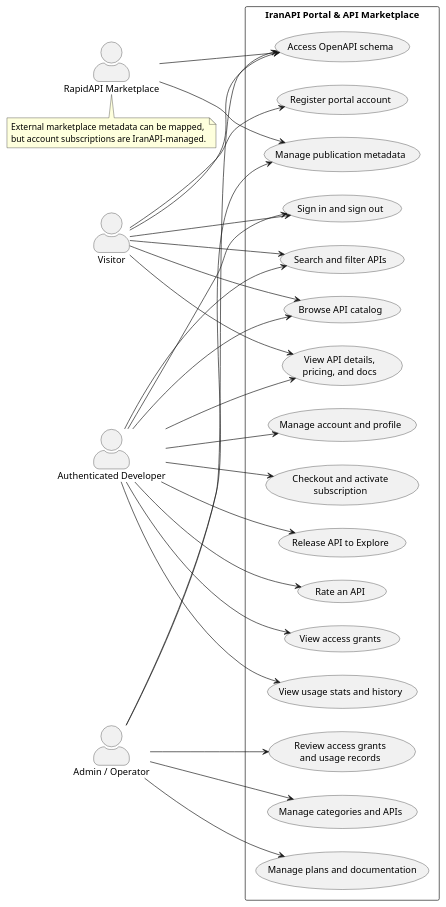
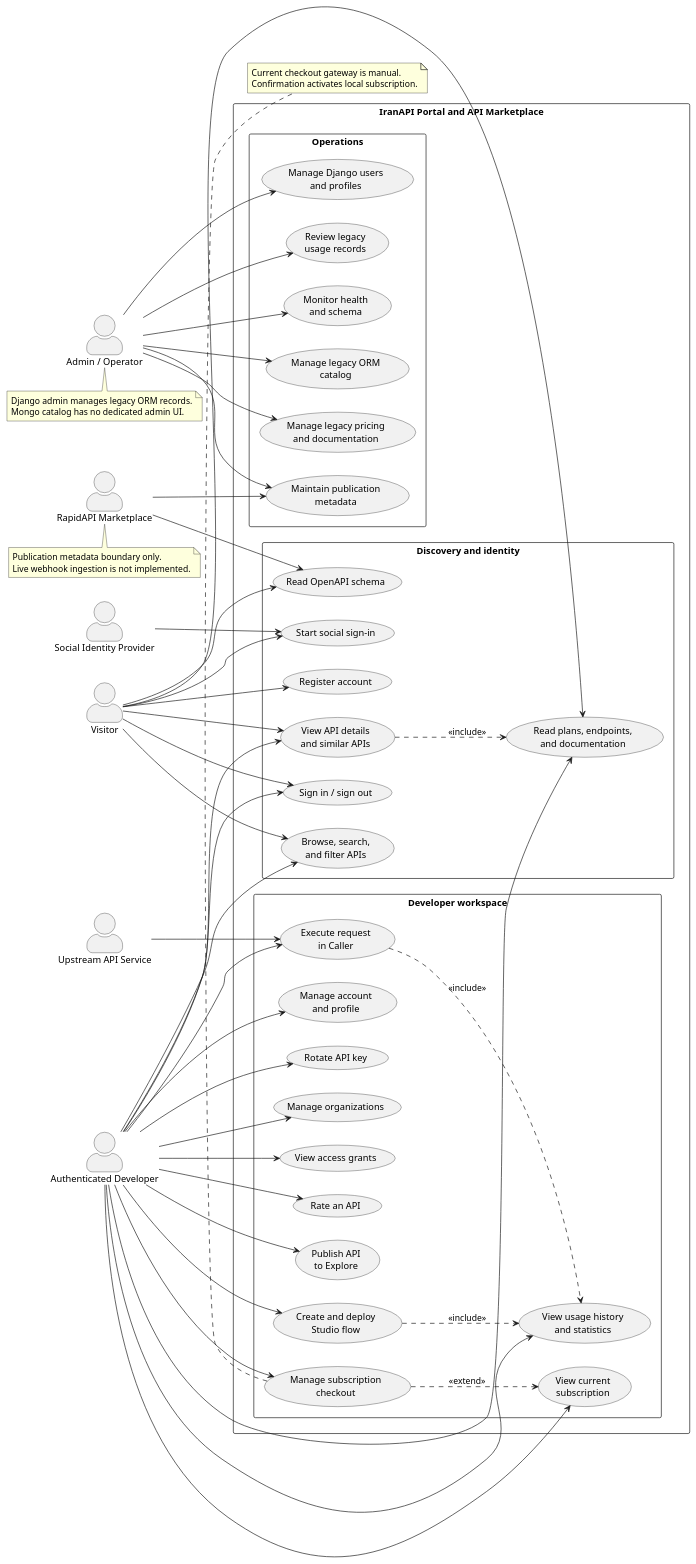
The diagram in docs/use-case-diagram.puml (codeeefactory/IranAPI), drawn with PlantUML before and after one commit. The commit also changed 245 other files, not shown here.

```diff
--- a/docs/use-case-diagram.puml
+++ b/docs/use-case-diagram.puml
@@ -1,62 +1,104 @@
 @startuml
 left to right direction
 skinparam shadowing false
 skinparam packageStyle rectangle
 skinparam actorStyle awesome
 
 actor Visitor
 actor "Authenticated Developer" as Developer
 actor "Admin / Operator" as Admin
+actor "Social Identity Provider" as Social
+actor "Upstream API Service" as Upstream
 actor "RapidAPI Marketplace" as RapidAPI
 
-rectangle "IranAPI Portal & API Marketplace" {
-  usecase "Browse API catalog" as UC_Catalog
-  usecase "Search and filter APIs" as UC_Search
-  usecase "View API details,\npricing, and docs" as UC_View
-  usecase "Register portal account" as UC_Register
-  usecase "Sign in and sign out" as UC_Auth
-  usecase "Manage account and profile" as UC_Profile
-  usecase "Checkout and activate\nsubscription" as UC_Subscribe
-  usecase "Release API to Explore" as UC_Publish
-  usecase "Rate an API" as UC_Rate
-  usecase "View access grants" as UC_Access
-  usecase "View usage stats and history" as UC_Usage
-  usecase "Access OpenAPI schema" as UC_Schema
-  usecase "Manage categories and APIs" as UC_CatalogAdmin
-  usecase "Manage plans and documentation" as UC_ContentAdmin
-  usecase "Manage publication metadata" as UC_PublishAdmin
-  usecase "Review access grants\nand usage records" as UC_AccessAdmin
+rectangle "IranAPI Portal and API Marketplace" {
+  package "Discovery and identity" {
+    usecase "Browse, search,\nand filter APIs" as UC_Browse
+    usecase "View API details\nand similar APIs" as UC_Detail
+    usecase "Read plans, endpoints,\nand documentation" as UC_Docs
+    usecase "Read OpenAPI schema" as UC_Schema
+    usecase "Register account" as UC_Register
+    usecase "Sign in / sign out" as UC_Auth
+    usecase "Start social sign-in" as UC_Social
+  }
+
+  package "Developer workspace" {
+    usecase "Manage account\nand profile" as UC_Account
+    usecase "Rotate API key" as UC_Key
+    usecase "Manage organizations" as UC_Org
+    usecase "Manage subscription\ncheckout" as UC_Checkout
+    usecase "View current\nsubscription" as UC_Subscription
+    usecase "View access grants" as UC_Access
+    usecase "Rate an API" as UC_Rate
+    usecase "Publish API\nto Explore" as UC_Release
+    usecase "Execute request\nin Caller" as UC_Caller
+    usecase "Create and deploy\nStudio flow" as UC_Studio
+    usecase "View usage history\nand statistics" as UC_Usage
+  }
+
+  package "Operations" {
+    usecase "Manage legacy ORM\ncatalog" as UC_CatalogAdmin
+    usecase "Manage legacy pricing\nand documentation" as UC_ContentAdmin
+    usecase "Manage Django users\nand profiles" as UC_UserAdmin
+    usecase "Review legacy\nusage records" as UC_GrantAdmin
+    usecase "Maintain publication\nmetadata" as UC_Publication
+    usecase "Monitor health\nand schema" as UC_Health
+  }
 }
 
-Visitor --> UC_Catalog
-Visitor --> UC_Search
-Visitor --> UC_View
+Visitor --> UC_Browse
+Visitor --> UC_Detail
+Visitor --> UC_Docs
+Visitor --> UC_Schema
 Visitor --> UC_Register
 Visitor --> UC_Auth
-Visitor --> UC_Schema
+Visitor --> UC_Social
 
-Developer --> UC_Catalog
-Developer --> UC_Search
-Developer --> UC_View
+Developer --> UC_Browse
+Developer --> UC_Detail
+Developer --> UC_Docs
 Developer --> UC_Auth
-Developer --> UC_Profile
-Developer --> UC_Subscribe
-Developer --> UC_Publish
+Developer --> UC_Account
+Developer --> UC_Key
+Developer --> UC_Org
+Developer --> UC_Checkout
+Developer --> UC_Subscription
+Developer --> UC_Access
 Developer --> UC_Rate
-Developer --> UC_Access
+Developer --> UC_Release
+Developer --> UC_Caller
+Developer --> UC_Studio
 Developer --> UC_Usage
 
-Admin --> UC_Schema
 Admin --> UC_CatalogAdmin
 Admin --> UC_ContentAdmin
-Admin --> UC_PublishAdmin
-Admin --> UC_AccessAdmin
+Admin --> UC_UserAdmin
+Admin --> UC_GrantAdmin
+Admin --> UC_Publication
+Admin --> UC_Health
 
+Social --> UC_Social
+Upstream --> UC_Caller
+RapidAPI --> UC_Publication
 RapidAPI --> UC_Schema
-RapidAPI --> UC_PublishAdmin
+
+UC_Detail ..> UC_Docs : <<include>>
+UC_Checkout ..> UC_Subscription : <<extend>>
+UC_Caller ..> UC_Usage : <<include>>
+UC_Studio ..> UC_Usage : <<include>>
+
+note bottom of UC_Checkout
+Current checkout gateway is manual.
+Confirmation activates local subscription.
+end note
 
 note bottom of RapidAPI
-External marketplace metadata can be mapped,
-but account subscriptions are IranAPI-managed.
+Publication metadata boundary only.
+Live webhook ingestion is not implemented.
+end note
+
+note bottom of Admin
+Django admin manages legacy ORM records.
+Mongo catalog has no dedicated admin UI.
 end note
 @enduml
```
